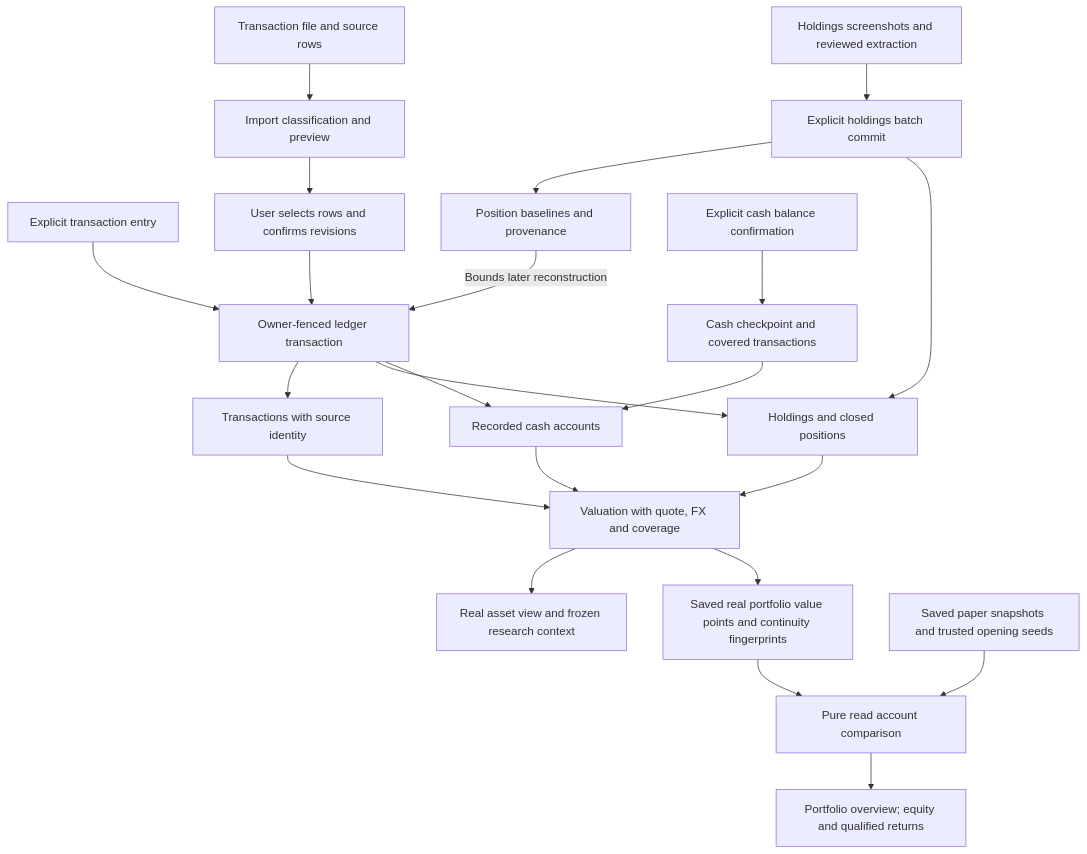
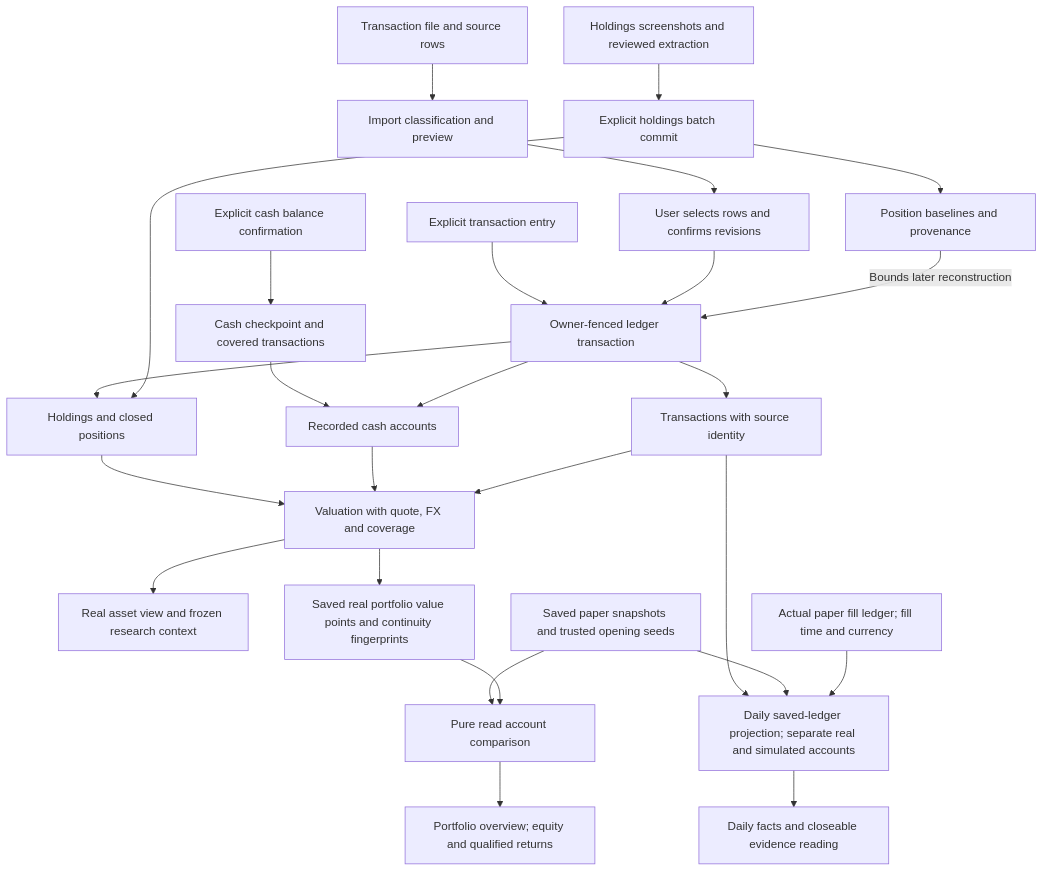
Before and after one commit to Lueyu/squabble: the fifth of 5 diagrams in docs/architecture.md, drawn with Mermaid. The commit also changed other lines of this file and 155 other files, not shown here.

````diff
--- a/docs/architecture.md
+++ b/docs/architecture.md
@@ -218,24 +259,28 @@
 ```mermaid
 flowchart TD
     manual["Explicit transaction entry"] --> ledgerTx["Owner-fenced ledger transaction"]
     file["Transaction file and source rows"] --> batch["Import classification and preview"]
     batch --> confirm["User selects rows and confirms revisions"]
     confirm --> ledgerTx
     screenshots["Holdings screenshots and reviewed extraction"] --> positionImport["Explicit holdings batch commit"]
     positionImport --> baseline["Position baselines and provenance"]
     baseline -->|"Bounds later reconstruction"| ledgerTx
     cashUser["Explicit cash balance confirmation"] --> cashReceipt["Cash checkpoint and covered transactions"]
     cashReceipt --> cash["Recorded cash accounts"]
     ledgerTx --> transactions["Transactions with source identity"]
     ledgerTx --> holdings["Holdings and closed positions"]
     positionImport --> holdings
     ledgerTx --> cash
     holdings --> metrics["Valuation with quote, FX and coverage"]
     cash --> metrics
     transactions --> metrics
     metrics --> today["Real asset view and frozen research context"]
     metrics --> points["Saved real portfolio value points and continuity fingerprints"]
     paper["Saved paper snapshots and trusted opening seeds"] --> compare["Pure read account comparison"]
     points --> compare
     compare --> overview["Portfolio overview; equity and qualified returns"]
+    transactions --> dailyRead["Daily saved-ledger projection; separate real and simulated accounts"]
+    paper --> dailyRead
+    paperFills["Actual paper fill ledger; fill time and currency"] --> dailyRead
+    dailyRead --> dailyUI["Daily facts and closeable evidence reading"]
 ```
````
